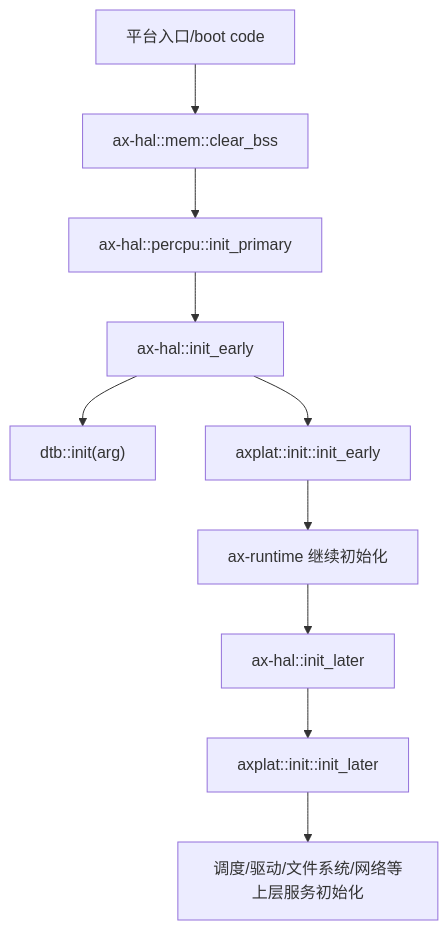
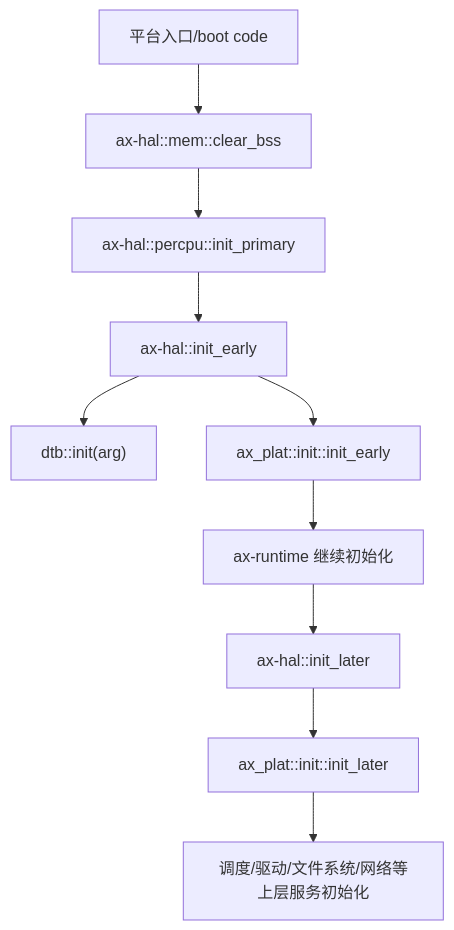
One commit to zKurisu/tgoskits changed the first of 2 diagrams in docs/crates/ax-hal.md. Above: the diagram before and after it, drawn with Mermaid. The commit also changed other lines of this file and 199 other files, not shown here.

Commit message:
rename axplat to ax-plat

````diff
--- a/docs/crates/ax-hal.md
+++ b/docs/crates/ax-hal.md
@@ -45,12 +45,12 @@
 ```mermaid
 flowchart TD
     Boot["平台入口/boot code"] --> ClearBss["ax-hal::mem::clear_bss"]
     ClearBss --> PerCpu["ax-hal::percpu::init_primary"]
     PerCpu --> Early["ax-hal::init_early"]
     Early --> Dtb["dtb::init(arg)"]
-    Early --> PlatEarly["axplat::init::init_early"]
+    Early --> PlatEarly["ax_plat::init::init_early"]
     PlatEarly --> Runtime["ax-runtime 继续初始化"]
     Runtime --> Later["ax-hal::init_later"]
-    Later --> PlatLater["axplat::init::init_later"]
+    Later --> PlatLater["ax_plat::init::init_later"]
     PlatLater --> Svc["调度/驱动/文件系统/网络等上层服务初始化"]
 ```
````
